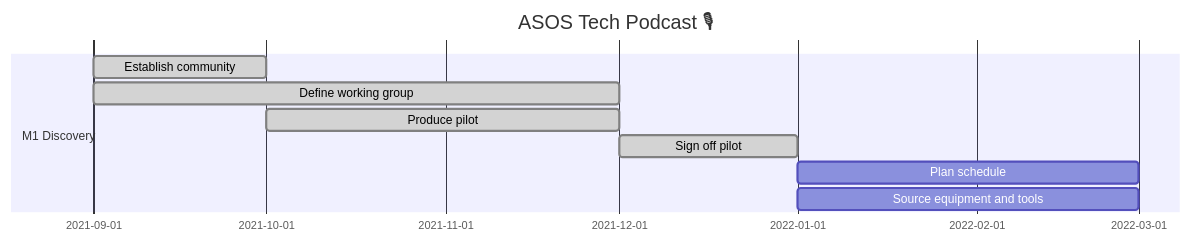
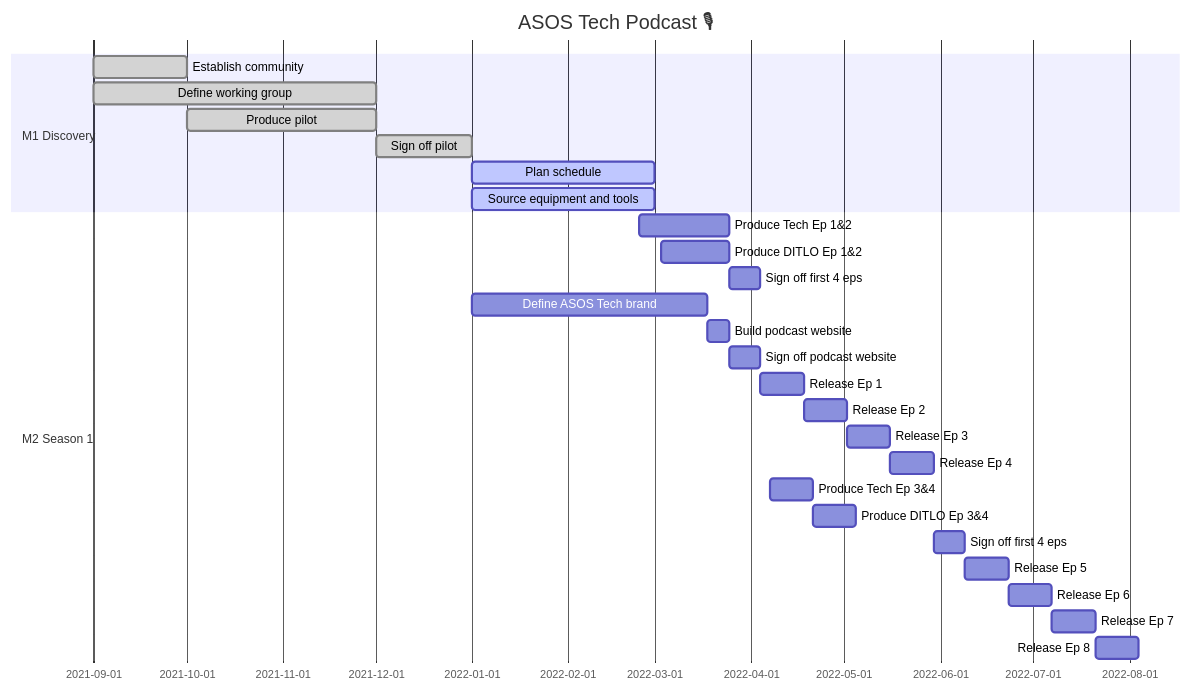
The second of 2 diagrams in flow.md (asos-simonjobling/asos-simonjobling), drawn with Mermaid before and after one commit.

Commit message:
Define podcast schedule

````diff
--- a/flow.md
+++ b/flow.md
@@ -16,14 +16,34 @@
 ```mermaid
 gantt
 dateFormat  YYYY-MM-DD
 title ASOS Tech Podcast 🎙
 excludes weekdays 
 
 section M1 Discovery 
-Establish community         :done,    des1, 2021-09-01,2021-10-01
-Define working group        :done,    des2, 2021-09-01,2021-12-01
-Produce pilot               :done,    des3, 2021-10-01,2021-12-01
-Sign off pilot              :done,    des4, after des2,2022-01-01
-Plan schedule               :         des5, after des4, 2022-03-01
-Source equipment and tools  :         des6, after des4, 2022-03-01
+Establish community         :done,    dis1, 2021-09-01, 2021-10-01
+Define working group        :done,    dis2, 2021-09-01, 2021-12-01
+Produce pilot               :done,    dis3, 2021-10-01, 2021-12-01
+Sign off pilot              :done,    dis4, after dis2, 2022-01-01
+Plan schedule               :active,  dis5, after dis4, 2022-03-01
+Source equipment and tools  :active,  dis6, after dis4, 2022-03-01
+
+section M2 Season 1 
+Produce Tech Ep 1&2        :    first1, 2022-02-24, 2022-03-25
+Produce DITLO Ep 1&2       :    first2, 2022-03-03, 2022-03-25
+Sign off first 4 eps       :    first3, after first2, 10d
+Define ASOS Tech brand     :    first4, 2022-01-01, 2022-03-18
+Build podcast website      :    first5, after first4, 2022-03-25
+Sign off podcast website   :    first6, after first5, 10d
+Release Ep 1               :    first7, after first6, 14d
+Release Ep 2               :    first8, after first7, 14d
+Release Ep 3               :    first9, after first8, 14d
+Release Ep 4               :    first10, after first9, 14d
+Produce Tech Ep 3&4        :    first11, 2022-04-07, 14d
+Produce DITLO Ep 3&4       :    first12, 2022-04-21, 14d
+Sign off first 4 eps       :    first13, after first10, 10d
+Release Ep 5               :    first14, after first13, 14d
+Release Ep 6               :    first15, after first14, 14d
+Release Ep 7               :    first16, after first15, 14d
+Release Ep 8               :    first17, after first16, 14d
+
 ```
````
